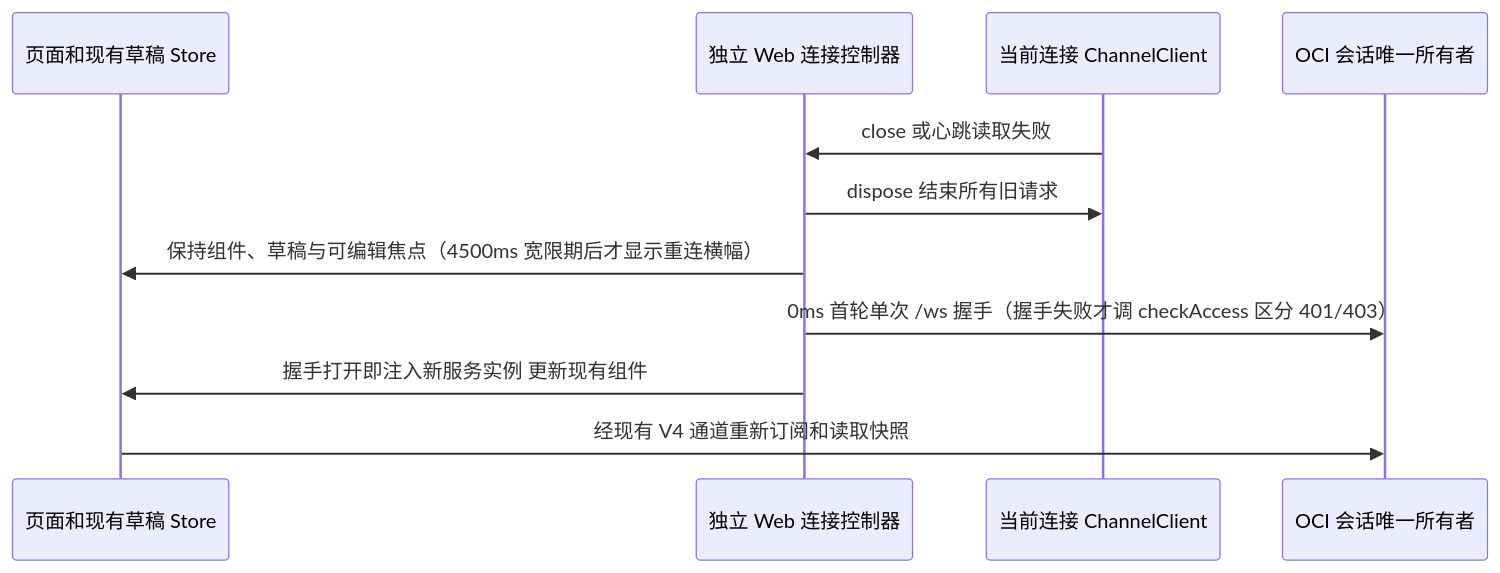
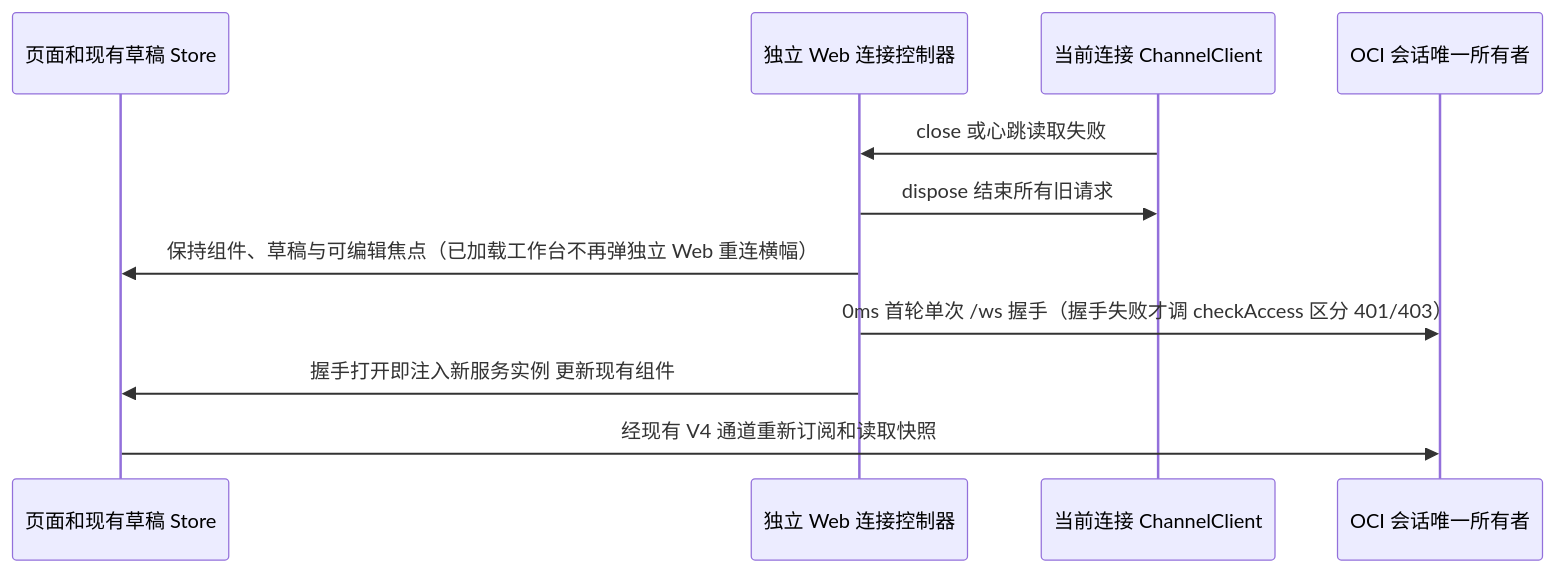
One commit to uselessbug/ZCode changed the diagram in docs/standalone-web-recovery.md. Above: the diagram before and after it, drawn with Mermaid. The commit also changed other lines of this file and 7 other files, not shown here.

````diff
--- a/docs/standalone-web-recovery.md
+++ b/docs/standalone-web-recovery.md
@@ -9,13 +9,13 @@
 ```mermaid
 sequenceDiagram
     participant UI as 页面和现有草稿 Store
     participant Owner as 独立 Web 连接控制器
     participant RPC as 当前连接 ChannelClient
     participant Host as OCI 会话唯一所有者
     RPC->>Owner: close 或心跳读取失败
     Owner->>RPC: dispose 结束所有旧请求
-    Owner->>UI: 保持组件、草稿与可编辑焦点（4500ms 宽限期后才显示重连横幅）
+    Owner->>UI: 保持组件、草稿与可编辑焦点（已加载工作台不再弹独立 Web 重连横幅）
     Owner->>Host: 0ms 首轮单次 /ws 握手（握手失败才调 checkAccess 区分 401/403）
     Owner->>UI: 握手打开即注入新服务实例 更新现有组件
     UI->>Host: 经现有 V4 通道重新订阅和读取快照
 ```
````
